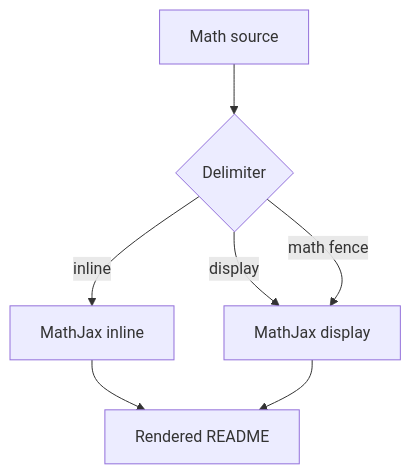
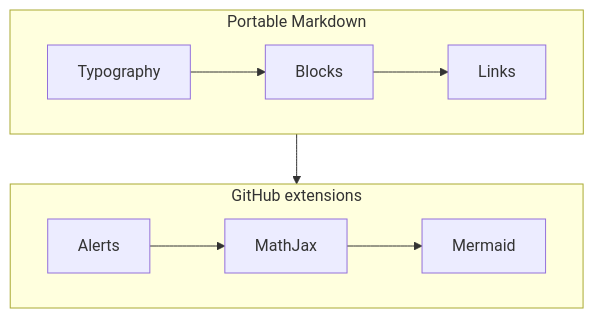
Before and after one commit to thiepn/markdown: the third of 21 diagrams in README.md, drawn with Mermaid. The commit also changed other lines of this file, not shown here.

Commit message:
docs: add full Mermaid diagram gallery

````diff
--- a/README.md
+++ b/README.md
@@ -1353,9 +856,12 @@
 ```mermaid
-flowchart TD
-    A[Math source] --> B{Delimiter}
-    B -- inline --> C[MathJax inline]
-    B -- display --> D[MathJax display]
-    B -- math fence --> D
-    C --> E[Rendered README]
-    D --> E
+flowchart TB
+    subgraph Core[Portable Markdown]
+        A[Typography] --> B[Blocks]
+        B --> C[Links]
+    end
+    subgraph Extensions[GitHub extensions]
+        D[Alerts] --> E[MathJax]
+        E --> F[Mermaid]
+    end
+    Core --> Extensions
 ```
````
